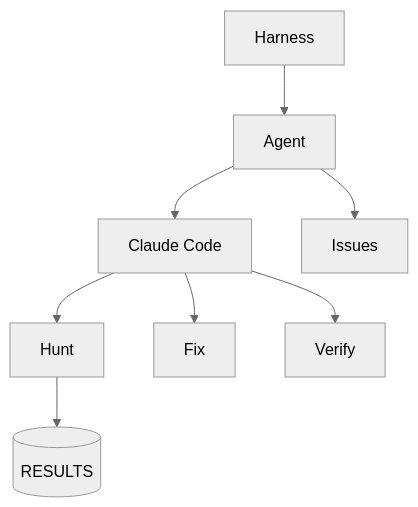
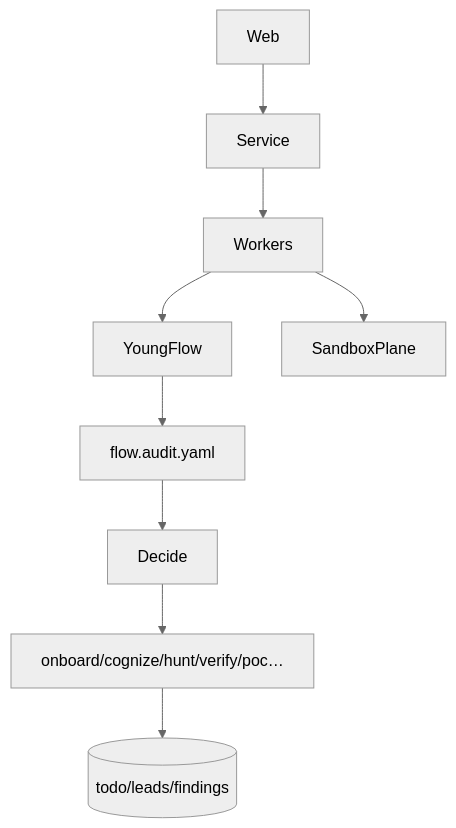
One commit to hgmgjugjygjy/agent-research changed the diagram in diagrams/vulnhunter/architecture-mermaid.md. Above: the diagram before and after it, drawn with Mermaid (neutral theme). The commit also changed other lines of this file and 23 other files, not shown here.

````diff
--- a/diagrams/vulnhunter/architecture-mermaid.md
+++ b/diagrams/vulnhunter/architecture-mermaid.md
@@ -3,9 +5,10 @@
 ```mermaid
 flowchart TB
-  Harness --> Agent --> CC[Claude Code]
-  CC --> Hunt
-  CC --> Fix
-  CC --> Verify
-  Hunt --> Out[(RESULTS)]
-  Agent --> GH[Issues]
+  Web --> Service --> Workers
+  Workers --> YoungFlow
+  YoungFlow --> VulnForge[flow.audit.yaml]
+  VulnForge --> Decide
+  Decide --> Stages[onboard/cognize/hunt/verify/poc…]
+  Stages --> Workspace[(todo/leads/findings)]
+  Workers --> SandboxPlane
 ```
````
